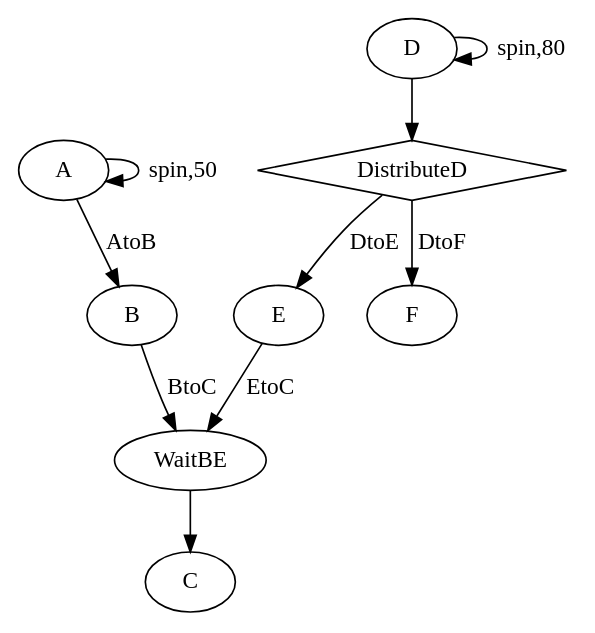
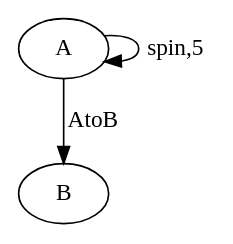
Before and after one commit to kevindadi/PPTPN: the diagram in test1.dot, drawn with Graphviz. The commit also changed 50 other files, not shown here.

Commit message:
生成状态类图可截止

```diff
--- a/test1.dot
+++ b/test1.dot
@@ -1,19 +1,6 @@
 digraph G {
     A [label = "A";];
-    A -> A [label = "spin,50";];
+    A -> A [label = "spin,5";];
     A -> B [label = "AtoB";];
     B [label = "B";];
-    B -> WaitBE [label = "BtoC";];
-    C [label = "C";];
-    WaitBE [label = "WaitBE";];
-    WaitBE -> C;
-    D [label = "D";];
-    Distribute [label = "DistributeD", shape = "diamond"];
-    D -> D [label = "spin,80";];
-    D -> Distribute;
-    Distribute -> E [label = "DtoE";];
-    Distribute -> F [label = "DtoF";];
-    E [label = "E";];
-    E -> WaitBE [label = "EtoC";];
-    F [label = "F";];
 }
```
